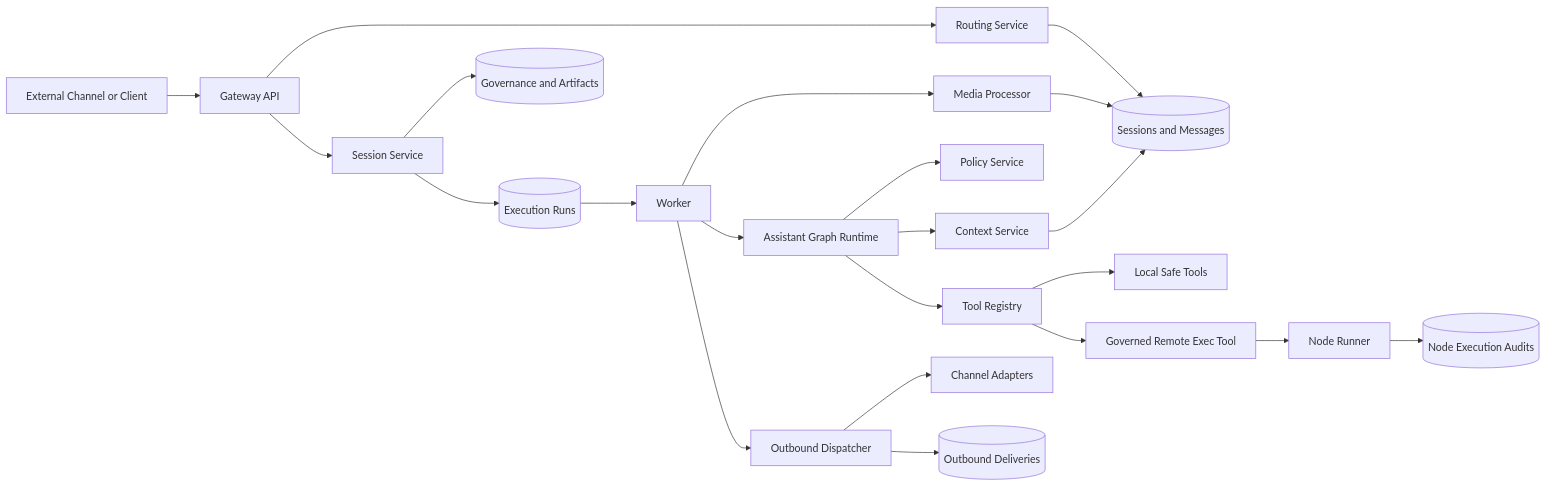
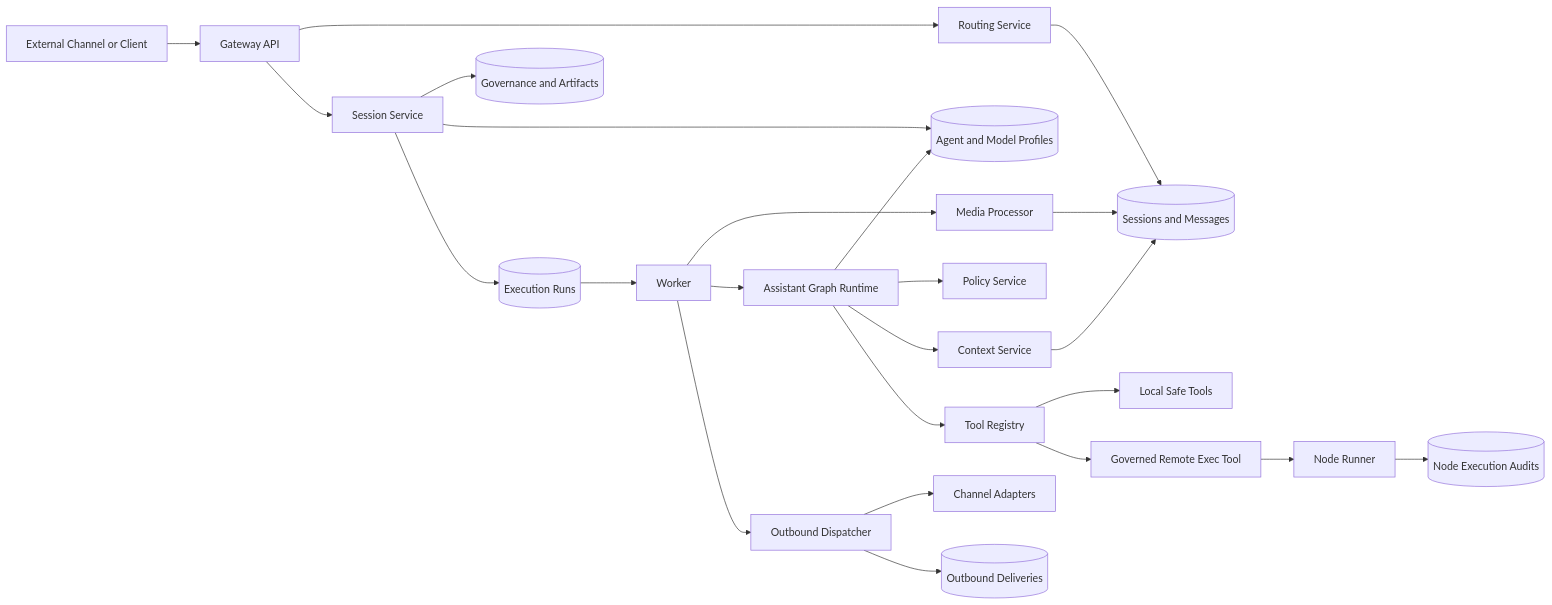
Before and after one commit to scott5252/python-claw: the first of 4 diagrams in README.md, drawn with Mermaid. The commit also changed other lines of this file and 33 other files, not shown here.

````diff
--- a/README.md
+++ b/README.md
@@ -90,24 +92,26 @@
 ```mermaid
 flowchart LR
     A[External Channel or Client] --> B[Gateway API]
     B --> C[Routing Service]
     C --> D[(Sessions and Messages)]
     B --> E[Session Service]
+    E --> U[(Agent and Model Profiles)]
     E --> F[(Execution Runs)]
     F --> G[Worker]
     G --> H[Media Processor]
     H --> D
     G --> I[Assistant Graph Runtime]
+    I --> U
     I --> J[Policy Service]
     I --> K[Tool Registry]
     I --> L[Context Service]
     L --> D
     K --> M[Local Safe Tools]
     K --> N[Governed Remote Exec Tool]
     N --> O[Node Runner]
     O --> P[(Node Execution Audits)]
     G --> Q[Outbound Dispatcher]
     Q --> R[Channel Adapters]
     Q --> S[(Outbound Deliveries)]
     E --> T[(Governance and Artifacts)]
 ```
````
